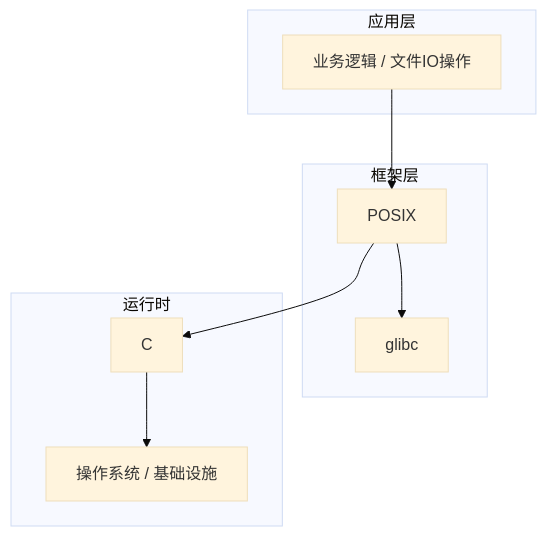
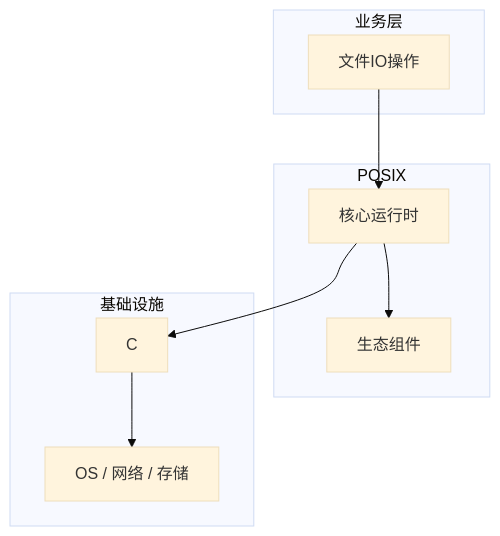
One commit to yanggan2015/knowledge-json-v2 changed the diagram in articles/Linux系统编程/chapters/001-文件IO操作核心概念与原理.md. Above: the diagram before and after it, drawn with Mermaid (base theme). The commit also changed other lines of this file and 10127 other files, not shown here.

````diff
--- a/articles/Linux系统编程/chapters/001-文件IO操作核心概念与原理.md
+++ b/articles/Linux系统编程/chapters/001-文件IO操作核心概念与原理.md
@@ -45,18 +34,18 @@
 ```mermaid
 graph TB
-    subgraph 应用层
-        A[业务逻辑 / 文件IO操作]
+    subgraph 业务层
+        A[文件IO操作]
     end
-    subgraph 框架层
-        B[POSIX]
-        C[glibc]
+    subgraph POSIX
+        B[核心运行时]
+        C[生态组件]
     end
-    subgraph 运行时
+    subgraph 基础设施
         D[C]
-        E[操作系统 / 基础设施]
+        E[OS / 网络 / 存储]
     end
     A --> B
     B --> C
     B --> D
     D --> E
 ```
````
